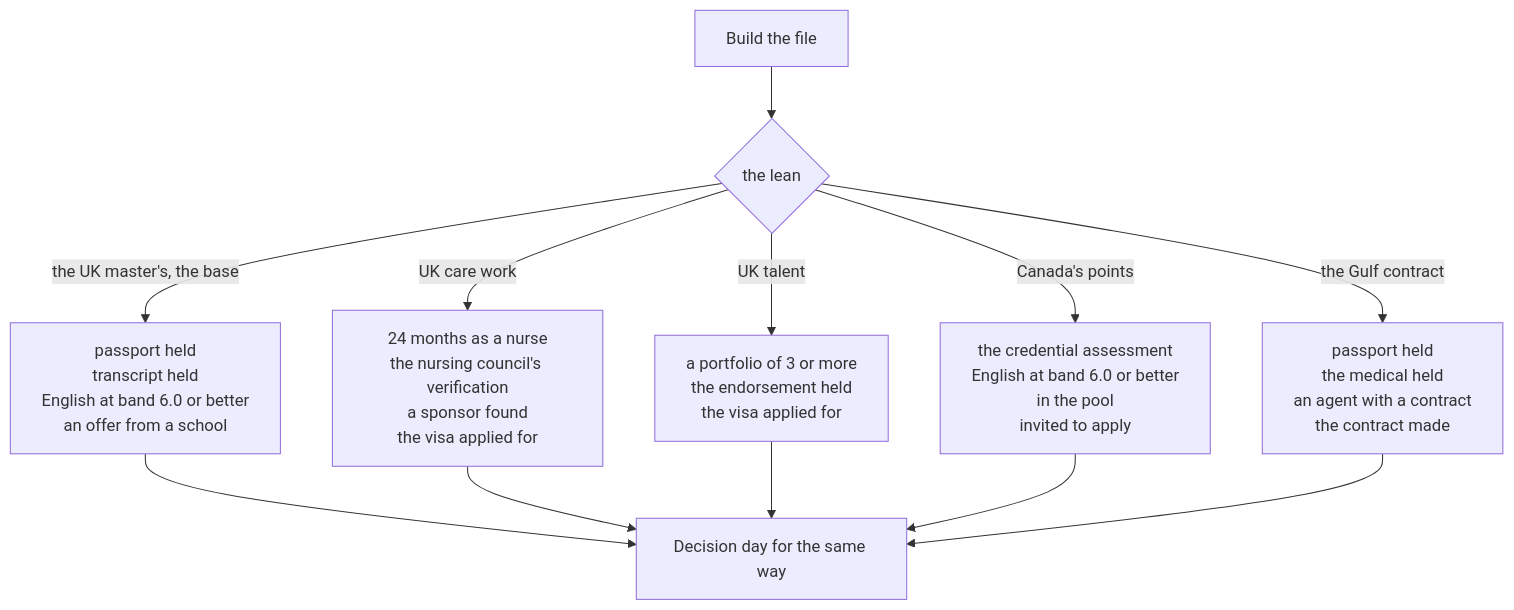
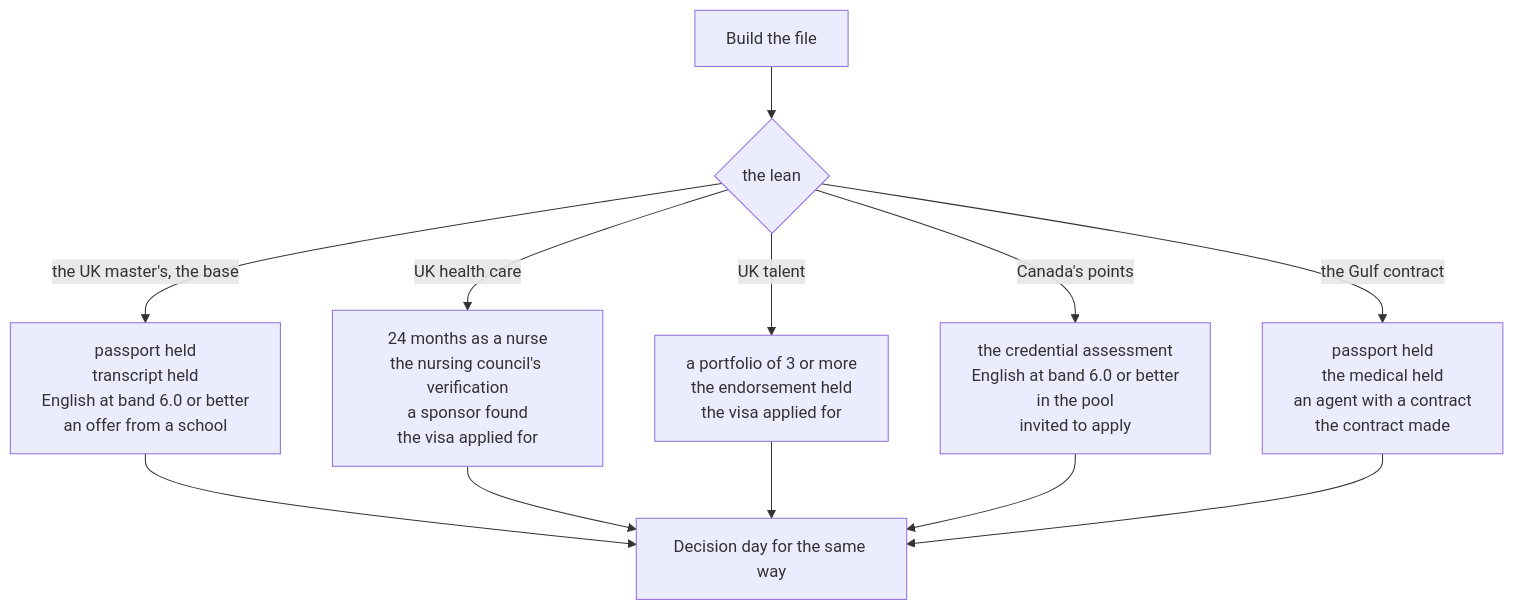
Before and after one commit to buildlab-studio/japacity: the third of 5 diagrams in docs/site/built/chapters.md, drawn with Mermaid. The commit also changed other lines of this file and 53 other files, not shown here.

Commit message:
The UK route on the ward is named health care in the game, its pages and the site

````diff
--- a/docs/site/built/chapters.md
+++ b/docs/site/built/chapters.md
@@ -49,14 +49,14 @@
 ```mermaid
 flowchart TD
   F["Build the file"] --> L{"the lean"}
   L -->|"the UK master's, the base"| MA["passport held<br/>transcript held<br/>English at band 6.0 or better<br/>an offer from a school"]
-  L -->|"UK care work"| CA["24 months as a nurse<br/>the nursing council's verification<br/>a sponsor found<br/>the visa applied for"]
+  L -->|"UK health care"| CA["24 months as a nurse<br/>the nursing council's verification<br/>a sponsor found<br/>the visa applied for"]
   L -->|"UK talent"| TA["a portfolio of 3 or more<br/>the endorsement held<br/>the visa applied for"]
   L -->|"Canada's points"| PO["the credential assessment<br/>English at band 6.0 or better<br/>in the pool<br/>invited to apply"]
   L -->|"the Gulf contract"| GU["passport held<br/>the medical held<br/>an agent with a contract<br/>the contract made"]
   MA --> D["Decision day for the same way"]
   CA --> D
   TA --> D
   PO --> D
   GU --> D
 ```
````
